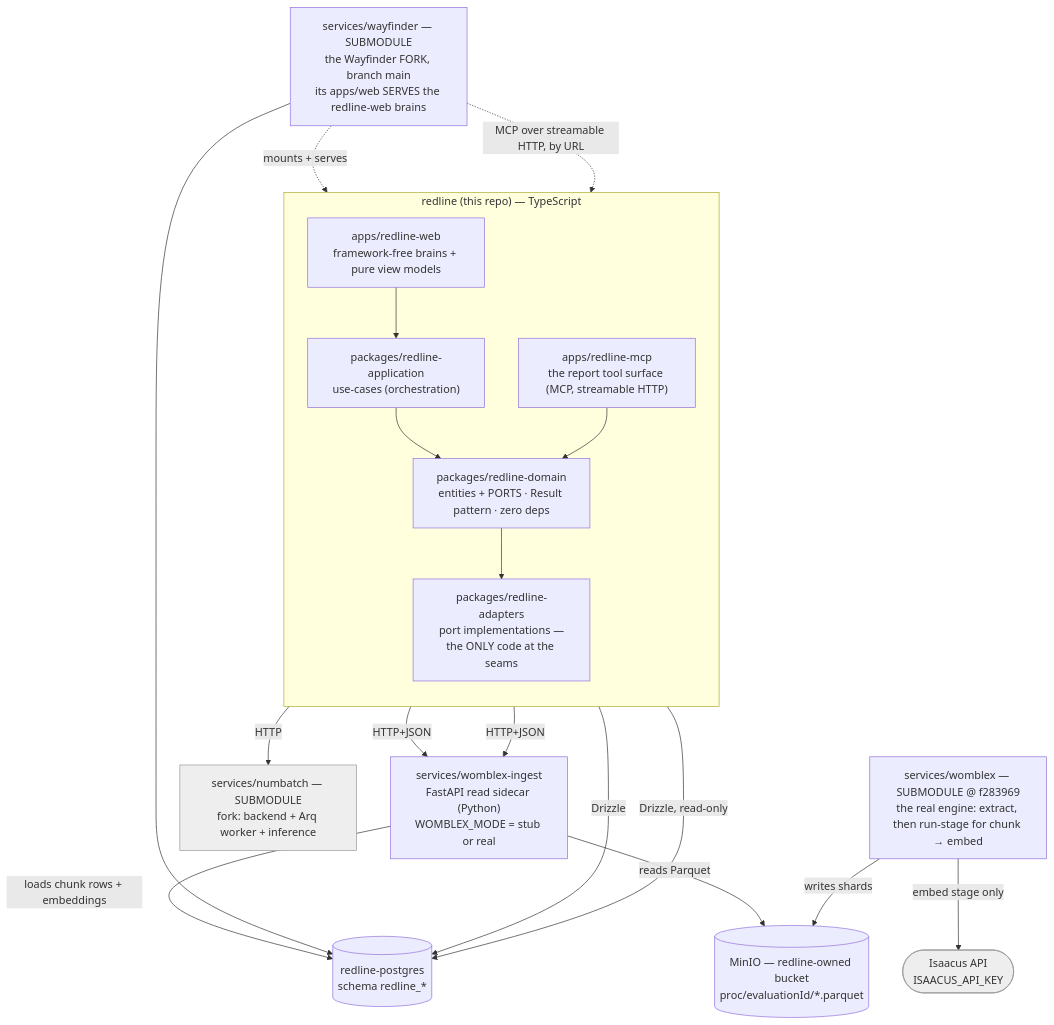
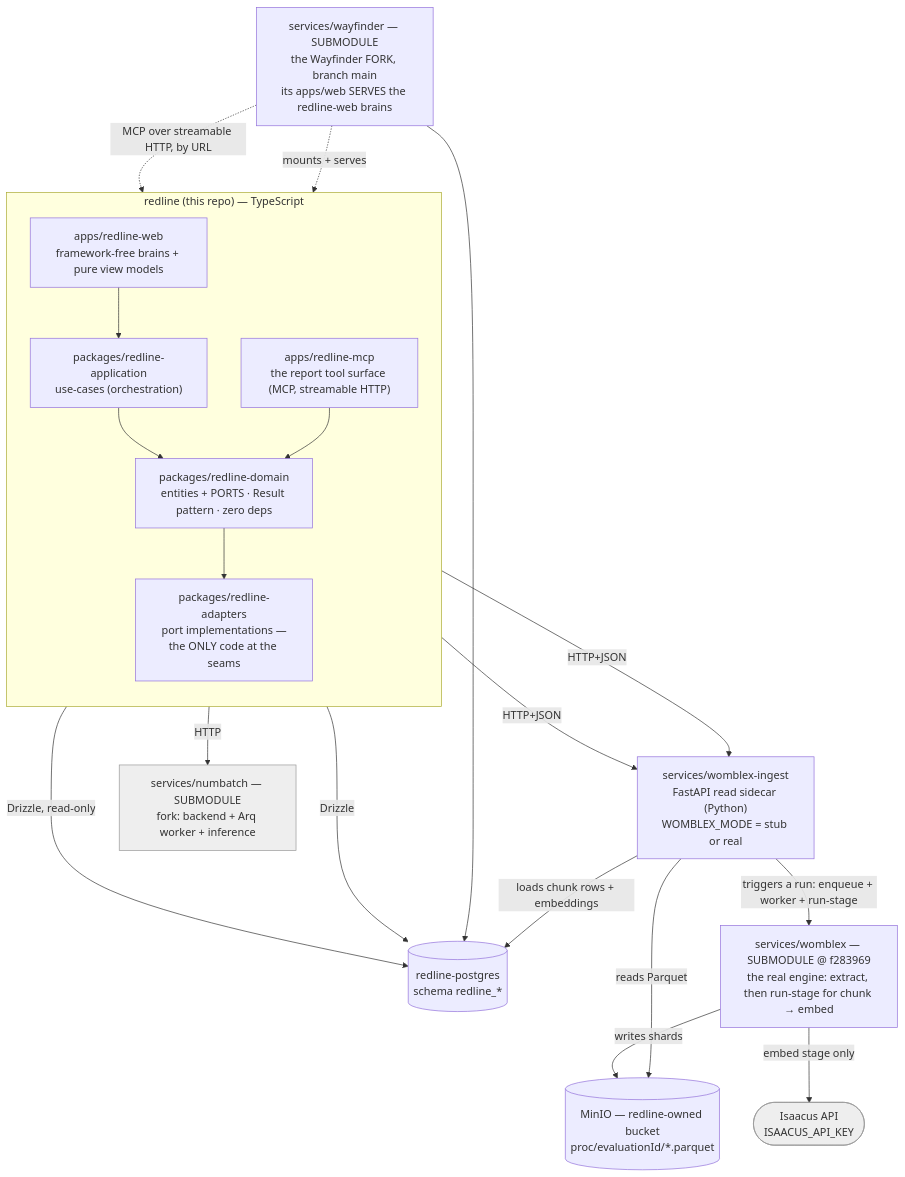
One commit to DeepCivic/Redline changed the first of 2 diagrams in docs/architecture.md. Above: the diagram before and after it, drawn with Mermaid. The commit also changed other lines of this file and 12 other files, not shown here.

````diff
--- a/docs/architecture.md
+++ b/docs/architecture.md
@@ -97,34 +97,35 @@
 ```mermaid
 flowchart TB
     subgraph rl["redline (this repo) — TypeScript"]
         direction TB
         web["apps/redline-web<br/>framework-free brains + pure view models"]
         mcp["apps/redline-mcp<br/>the report tool surface (MCP, streamable HTTP)"]
         app["packages/redline-application<br/>use-cases (orchestration)"]
         dom["packages/redline-domain<br/>entities + PORTS · Result pattern · zero deps"]
         adp["packages/redline-adapters<br/>port implementations —<br/>the ONLY code at the seams"]
         web --> app --> dom --> adp
         mcp --> dom
     end
 
     adp -->|HTTP+JSON| sidecar["services/womblex-ingest<br/>FastAPI read sidecar (Python)<br/>WOMBLEX_MODE = stub or real"]
     adp -->|HTTP| numbatch["services/numbatch — SUBMODULE<br/>fork: backend + Arq worker + inference"]
     adp -->|Drizzle| pg[("redline-postgres<br/>schema redline_*")]
 
     sidecar -->|reads Parquet| minio[("MinIO — redline-owned bucket<br/>proc/evaluationId/*.parquet")]
     sidecar -->|loads chunk rows + embeddings| pg
+    sidecar -->|triggers a run: enqueue + worker + run-stage| engine
     engine["services/womblex — SUBMODULE @ f283969<br/>the real engine: extract, then run-stage for chunk → embed"]
     engine -->|writes shards| minio
     engine -->|embed stage only| isaacus(["Isaacus API<br/>ISAACUS_API_KEY"])
 
     mcp -->|Drizzle, read-only| pg
     mcp -->|HTTP+JSON| sidecar
 
     fork["services/wayfinder — SUBMODULE<br/>the Wayfinder FORK, branch main<br/>its apps/web SERVES the redline-web brains"]
     fork -.->|mounts + serves| web
     fork -.->|MCP over streamable HTTP, by URL| mcp
     fork --> pg
 
     classDef ext fill:#eee,stroke:#999,color:#333
     class isaacus,numbatch ext
 ```
````
